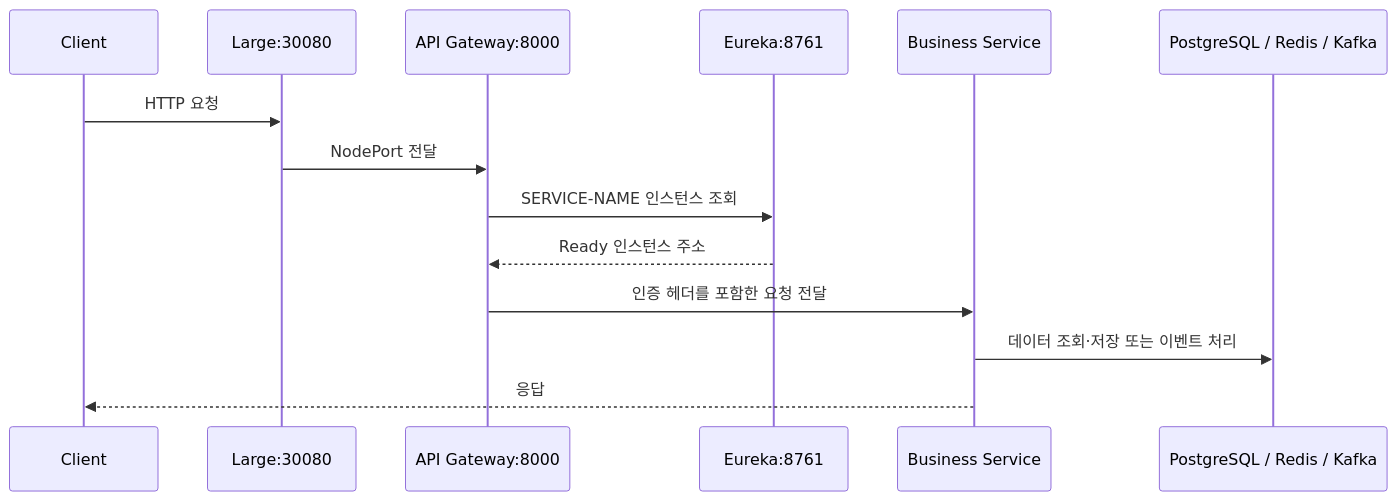
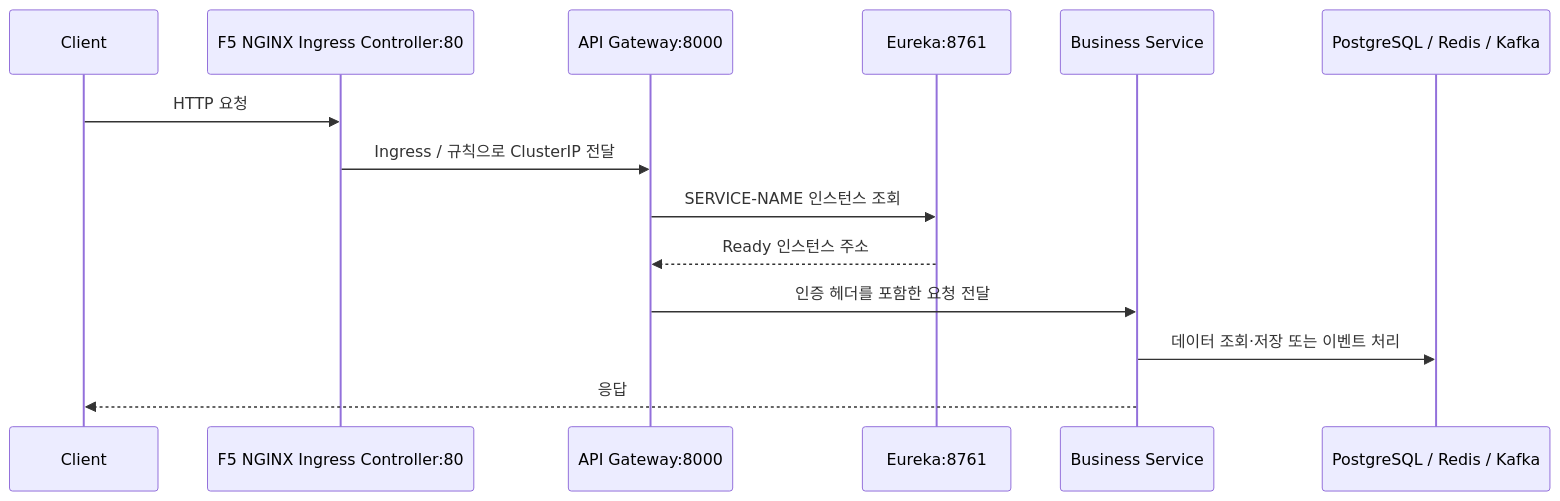
One commit to prgrms-be-adv-devcourse/beadv6_6_3JMT_BE changed the second of 3 diagrams in docs/architecture/kubernetes.md. Above: the diagram before and after it, drawn with Mermaid. The commit also changed other lines of this file, not shown here.

Commit message:
docs: Kubernetes 패키지와 Ingress 설계 갱신 (#340)

````diff
--- a/docs/architecture/kubernetes.md
+++ b/docs/architecture/kubernetes.md
@@ -222,17 +230,17 @@
 ```mermaid
 sequenceDiagram
     participant C as Client
-    participant NP as Large:30080
+    participant IC as F5 NGINX Ingress Controller:80
     participant GW as API Gateway:8000
     participant E as Eureka:8761
     participant S as Business Service
     participant DB as PostgreSQL / Redis / Kafka
 
-    C->>NP: HTTP 요청
-    NP->>GW: NodePort 전달
+    C->>IC: HTTP 요청
+    IC->>GW: Ingress / 규칙으로 ClusterIP 전달
     GW->>E: SERVICE-NAME 인스턴스 조회
     E-->>GW: Ready 인스턴스 주소
     GW->>S: 인증 헤더를 포함한 요청 전달
     S->>DB: 데이터 조회·저장 또는 이벤트 처리
     S-->>C: 응답
 ```
````
